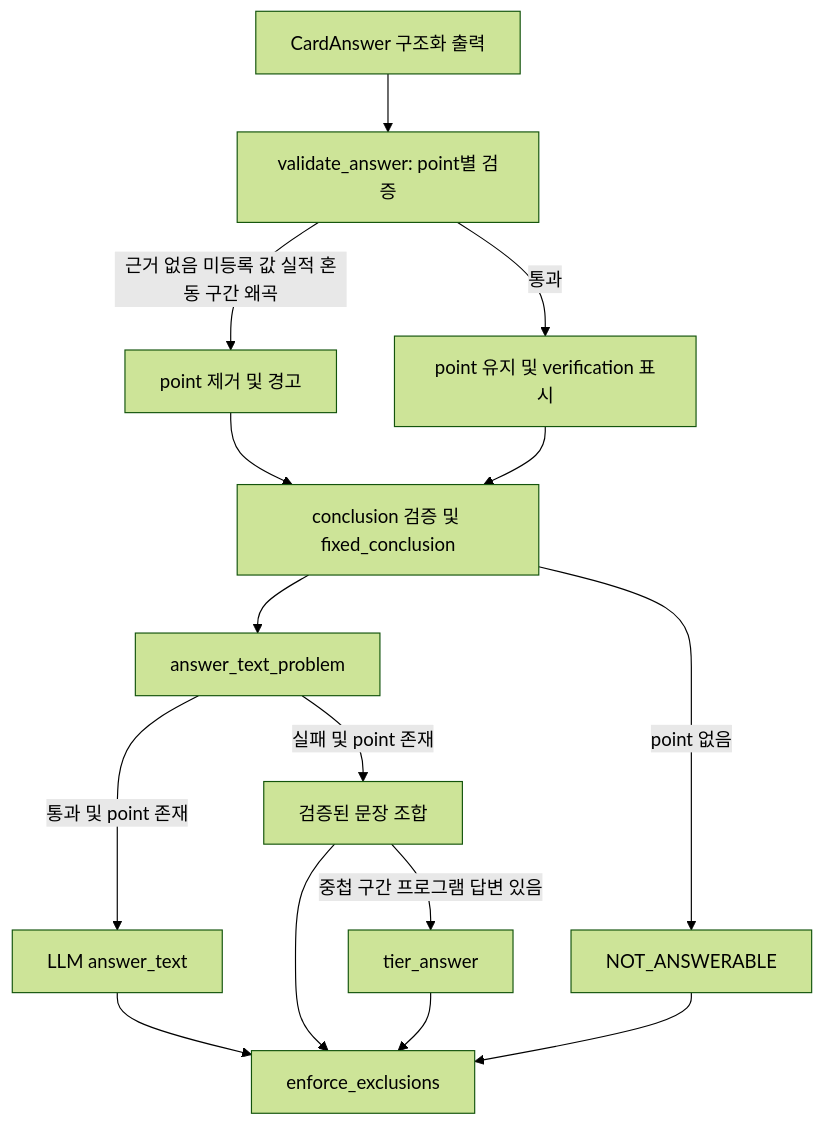
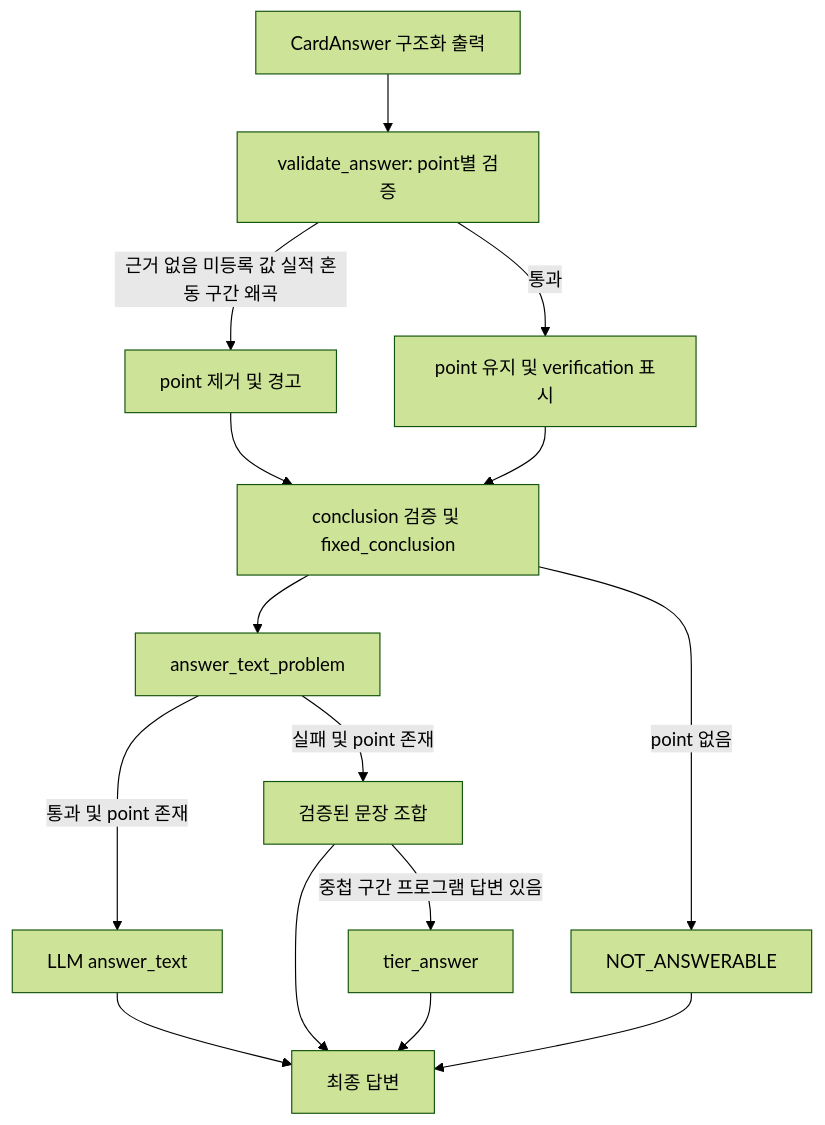
One commit to darkping1980/mle-02-p2-team3 changed the fourth of 5 diagrams in src/card_benefit/docs/guide/CARD_GRAPHRAG_QUERY_VALIDATION_DETAIL.md. Above: the diagram before and after it, drawn with Mermaid (forest theme). The commit also changed other lines of this file and 12 other files, not shown here.

````diff
--- a/src/card_benefit/docs/guide/CARD_GRAPHRAG_QUERY_VALIDATION_DETAIL.md
+++ b/src/card_benefit/docs/guide/CARD_GRAPHRAG_QUERY_VALIDATION_DETAIL.md
@@ -168,17 +165,17 @@
 ```mermaid
 flowchart TD
   RAW[CardAnswer 구조화 출력] --> VA[validate_answer: point별 검증]
   VA -->|근거 없음 미등록 값 실적 혼동 구간 왜곡| DROP[point 제거 및 경고]
   VA -->|통과| KEEP[point 유지 및 verification 표시]
   DROP --> CON[conclusion 검증 및 fixed_conclusion]
   KEEP --> CON
   CON --> TEXT[answer_text_problem]
   TEXT -->|통과 및 point 존재| LLM[LLM answer_text]
   TEXT -->|실패 및 point 존재| FALL[검증된 문장 조합]
   FALL -->|중첩 구간 프로그램 답변 있음| TIER[tier_answer]
   CON -->|point 없음| NO[NOT_ANSWERABLE]
-  LLM --> EX[enforce_exclusions]
-  FALL --> EX
-  TIER --> EX
-  NO --> EX
+  LLM --> DONE[최종 답변]
+  FALL --> DONE
+  TIER --> DONE
+  NO --> DONE
 ```
````
